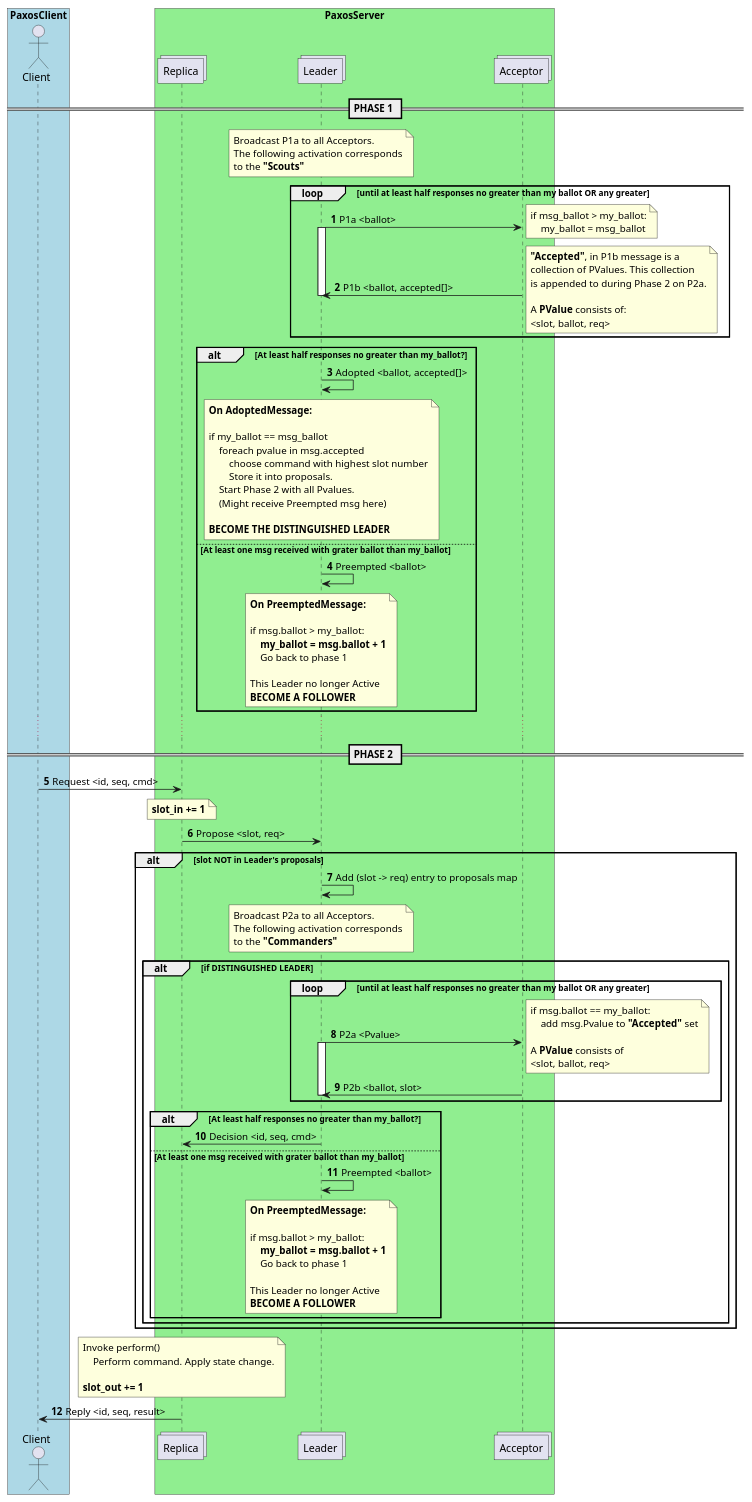
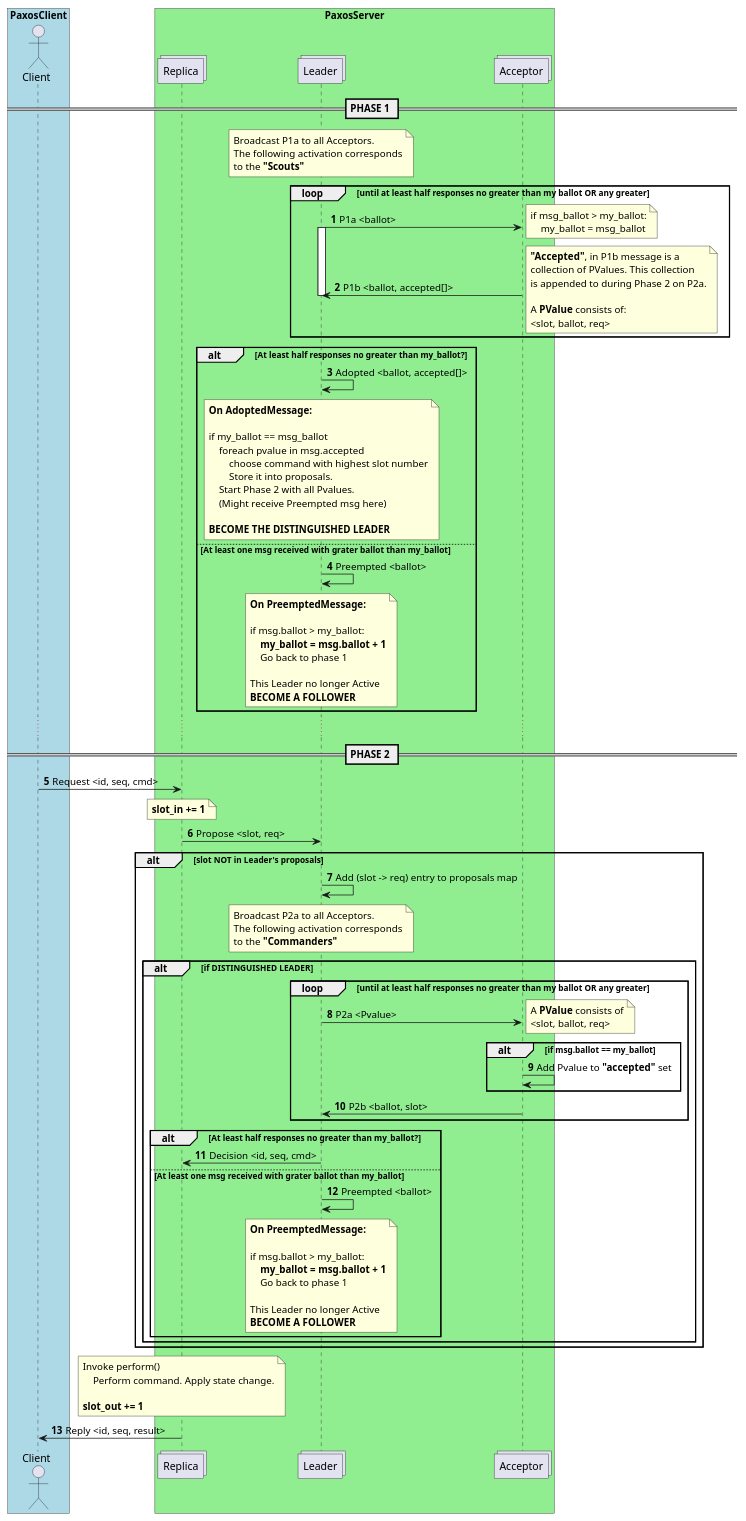
Before and after one commit to rodyce/paxos_understand: the diagram in paxos_sequence.puml, drawn with PlantUML.

Commit message:
accepted set in Acceptor role

```diff
--- a/paxos_sequence.puml
+++ b/paxos_sequence.puml
@@ -1,138 +1,139 @@
 @startuml PAXOS
 
 autonumber
 box "PaxosClient" #LightBlue
     actor Client
 end box
 box "PaxosServer" #LightGreen
     collections "Replica" as Replica
     collections "Leader" as Leader
     collections "Acceptor" as Acceptor
 end box
 
 
 == PHASE 1 ==
 
 note over Leader
     Broadcast P1a to all Acceptors.
     The following activation corresponds
     to the **"Scouts"**
 end note
 
 loop until at least half responses no greater than my ballot OR any greater
     Leader -> Acceptor : P1a <ballot>
     note right
         if msg_ballot > my_ballot:
             my_ballot = msg_ballot
     end note
 
     activate Leader
 
     Acceptor -> Leader : P1b <ballot, accepted[]>
     note right
         **"Accepted"**, in P1b message is a
         collection of PValues. This collection
         is appended to during Phase 2 on P2a.
 
         A **PValue** consists of:
         <slot, ballot, req>
     end note
 
     deactivate Leader
 end
 
 alt At least half responses no greater than my_ballot?
     Leader -> Leader : Adopted <ballot, accepted[]>
     note over Leader
         **On AdoptedMessage:**
 
         if my_ballot == msg_ballot
             foreach pvalue in msg.accepted
                 choose command with highest slot number
                 Store it into proposals.
             Start Phase 2 with all Pvalues.
             (Might receive Preempted msg here)
 
         **BECOME THE DISTINGUISHED LEADER**
     end note
 else At least one msg received with grater ballot than my_ballot
     Leader -> Leader : Preempted <ballot>
     note over Leader
         **On PreemptedMessage:**
 
         if msg.ballot > my_ballot:
             **my_ballot = msg.ballot + 1**
             Go back to phase 1
 
         This Leader no longer Active
         **BECOME A FOLLOWER**
     end note
 end
 
 
 ...
 
 == PHASE 2 ==
 
 Client -> Replica : Request <id, seq, cmd>
 note over Replica
     **slot_in += 1**
 end note
 
 Replica -> Leader : Propose <slot, req>
 
 alt slot NOT in Leader's proposals
     Leader -> Leader : Add (slot -> req) entry to proposals map
     note over Leader
         Broadcast P2a to all Acceptors.
         The following activation corresponds
         to the **"Commanders"**
     end note
 
     alt if DISTINGUISHED LEADER
         loop until at least half responses no greater than my ballot OR any greater
             Leader -> Acceptor : P2a <Pvalue>
             note right
-                if msg.ballot == my_ballot:
-                    add msg.Pvalue to **"Accepted"** set
-
                 A **PValue** consists of
                 <slot, ballot, req>
             end note
+
+            alt if msg.ballot == my_ballot
+                Acceptor -> Acceptor : Add Pvalue to **"accepted"** set
+            end
 
             activate Leader
 
             Acceptor -> Leader : P2b <ballot, slot>
 
             deactivate Leader
         end
 
         alt At least half responses no greater than my_ballot?
             Leader -> Replica : Decision <id, seq, cmd>
         else At least one msg received with grater ballot than my_ballot
             Leader -> Leader : Preempted <ballot>
 
             note over Leader
                 **On PreemptedMessage:**
 
                 if msg.ballot > my_ballot:
                     **my_ballot = msg.ballot + 1**
                     Go back to phase 1
 
                 This Leader no longer Active
                 **BECOME A FOLLOWER**
             end note
         end
     end
 end
 
 note over Replica
     Invoke perform()
         Perform command. Apply state change.
 
     **slot_out += 1**
 end note
 
 Replica -> Client : Reply <id, seq, result>
 
 @enduml
```
